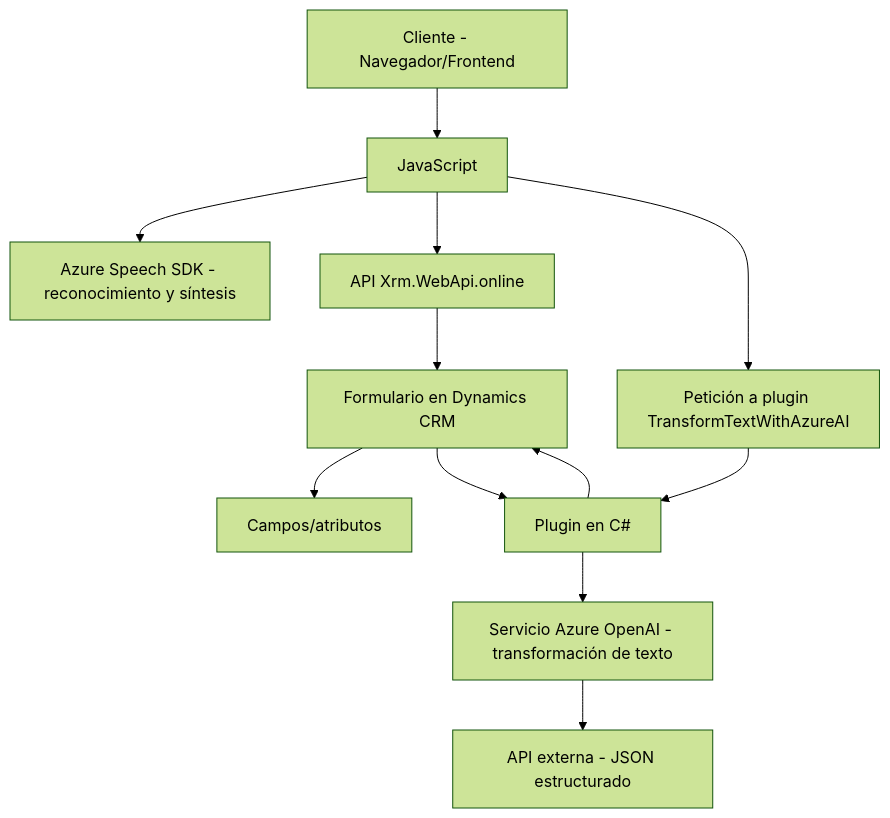
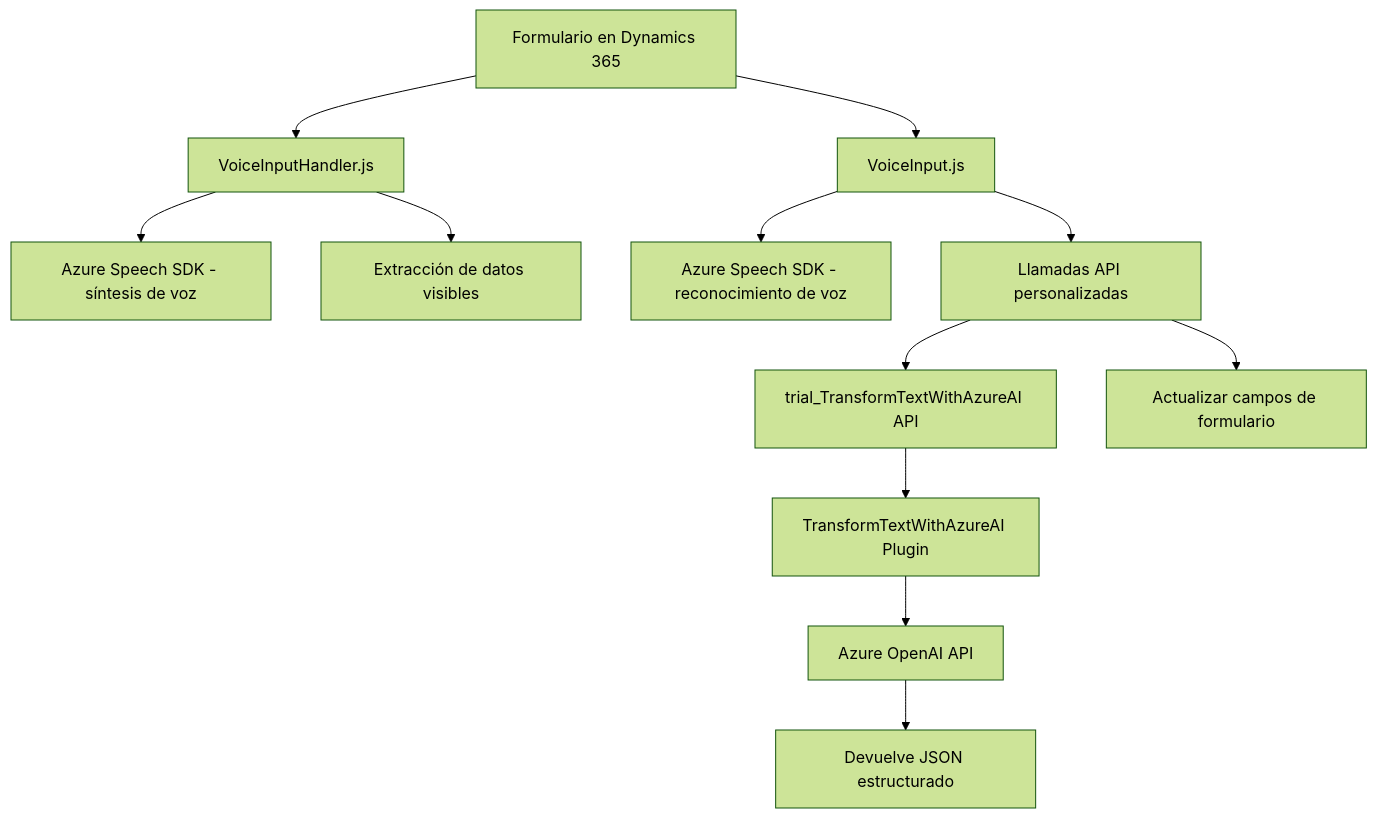
Before and after one commit to blopezdm/NETCORE_BILBAO2025: the diagram in README.md, drawn with Mermaid (forest theme). The commit also changed other lines of this file, not shown here.

Commit message:
Actualizar análisis global de la solución con IA

````diff
--- a/README.md
+++ b/README.md
@@ -41,14 +40,14 @@
 ```mermaid
 graph TD
-    A1["Cliente - Navegador/Frontend"] --> A2["JavaScript"]
-    A2 --> B1["Azure Speech SDK - reconocimiento y síntesis"]
-    A2 --> B2["API Xrm.WebApi.online"]
-    B2 --> C1["Formulario en Dynamics CRM"]
-    C1 --> C2["Campos/atributos"]
-    A2 --> B3["Petición a plugin TransformTextWithAzureAI"]
-    B3 --> D1["Plugin en C#"]
-    D1 --> D2["Servicio Azure OpenAI - transformación de texto"]
-    D2 --> D3["API externa - JSON estructurado"]
-    D1 --> C1
-    C1 --> D1
+    A["Formulario en Dynamics 365"] --> B["VoiceInputHandler.js"]
+    A --> C["VoiceInput.js"]
+    B --> D["Azure Speech SDK - síntesis de voz"]
+    C --> E["Azure Speech SDK - reconocimiento de voz"]
+    B --> F["Extracción de datos visibles"]
+    C --> G["Llamadas API personalizadas"]
+    G --> H["trial_TransformTextWithAzureAI API"]
+    H --> J["TransformTextWithAzureAI Plugin"]
+    J --> K["Azure OpenAI API"]
+    K --> L["Devuelve JSON estructurado"]
+    G --> M["Actualizar campos de formulario"]
 ```
````
